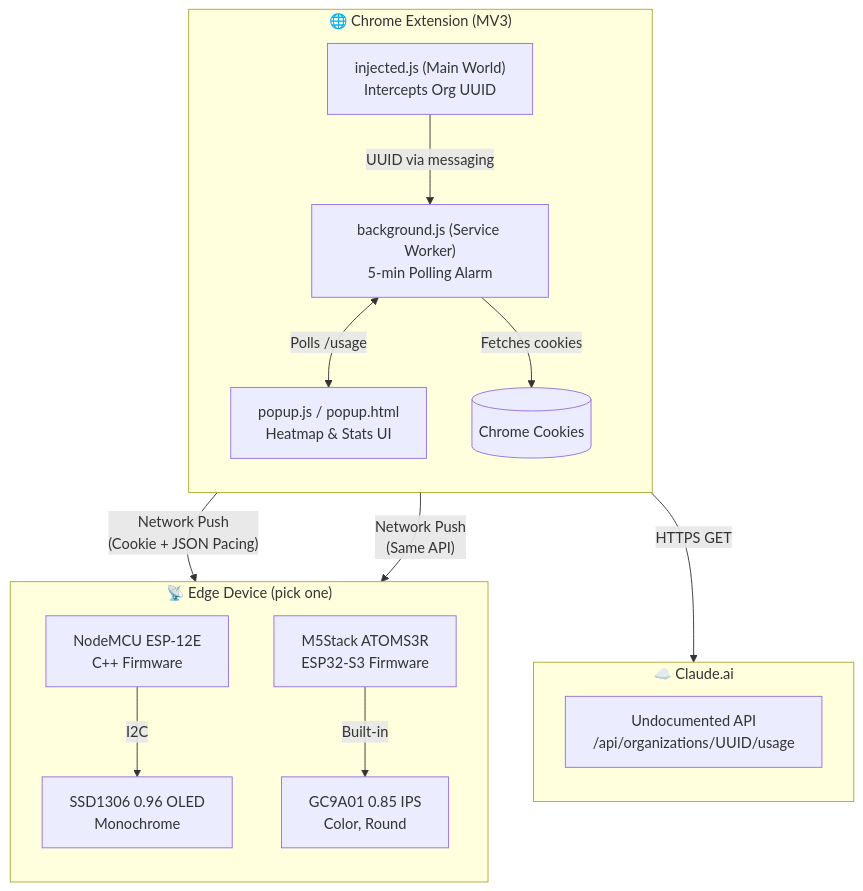
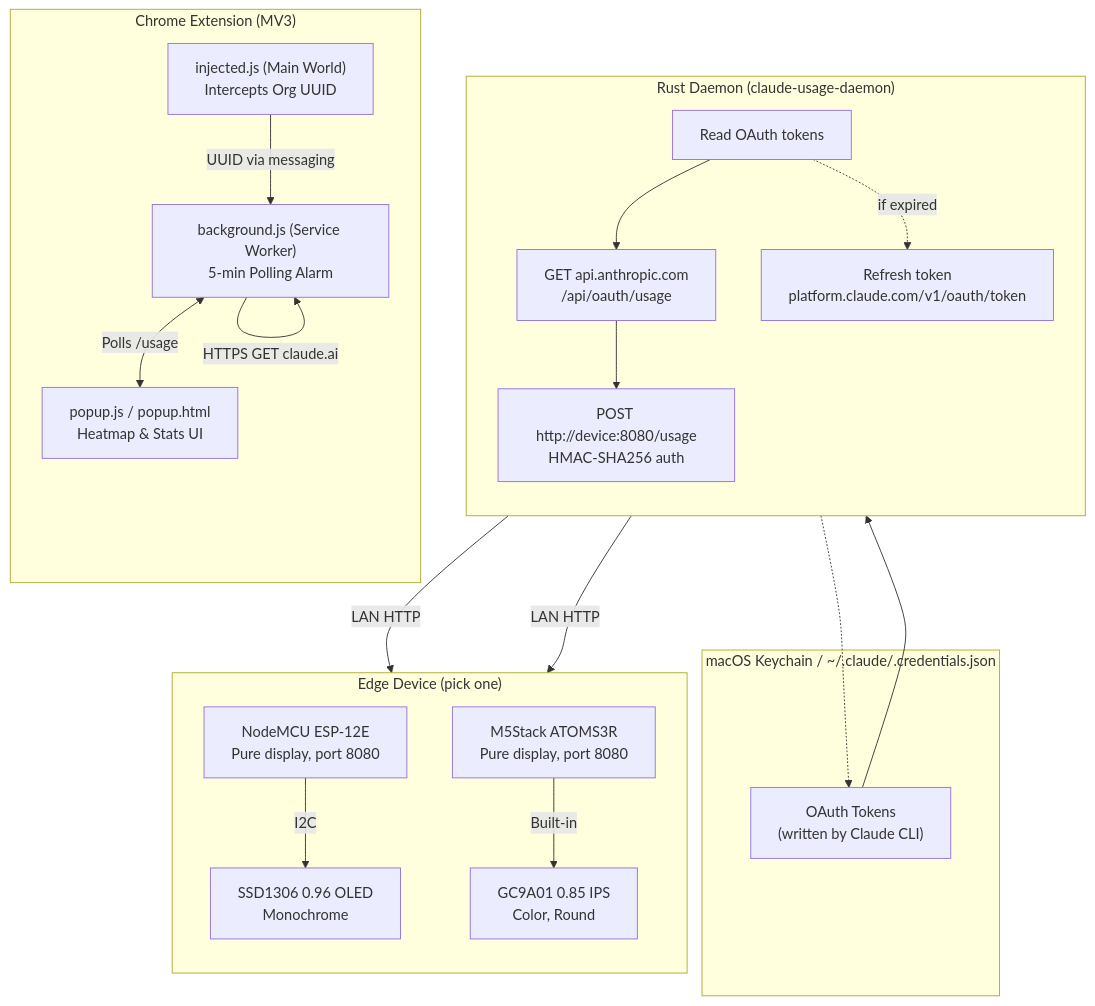
The diagram in README.md (acervenky/over-engineered-claude-usage-monitor), drawn with Mermaid before and after one commit. The commit also changed other lines of this file and 25 other files, not shown here.

````diff
--- a/README.md
+++ b/README.md
@@ -121,33 +75,44 @@
 ```mermaid
 graph TD
-    subgraph Browser ["🌐 Chrome Extension (MV3)"]
+    subgraph Keychain ["macOS Keychain / ~/.claude/.credentials.json"]
+        Creds["OAuth Tokens<br/>(written by Claude CLI)"]
+    end
+
+    subgraph Daemon ["Rust Daemon (claude-usage-daemon)"]
+        direction TB
+        Read["Read OAuth tokens"]
+        Fetch["GET api.anthropic.com<br/>/api/oauth/usage"]
+        Refresh["Refresh token<br/>platform.claude.com/v1/oauth/token"]
+        Push["POST http://device:8080/usage<br/>HMAC-SHA256 auth"]
+    end
+
+    subgraph Browser ["Chrome Extension (MV3)"]
         direction TB
         Inject["injected.js (Main World)<br/>Intercepts Org UUID"]
         SW["background.js (Service Worker)<br/>5-min Polling Alarm"]
         UI["popup.js / popup.html<br/>Heatmap & Stats UI"]
-        
+
         Inject -->|UUID via messaging| SW
         SW <-->|Polls /usage| UI
-        SW -->|Fetches cookies| CookieStore[(Chrome Cookies)]
     end
 
-    subgraph Server ["☁️ Claude.ai"]
+    subgraph DeskWidget ["Edge Device (pick one)"]
         direction TB
-        API["Undocumented API<br/>/api/organizations/UUID/usage"]
-    end
-
-    subgraph DeskWidget ["📡 Edge Device (pick one)"]
-        direction TB
-        Node["NodeMCU ESP-12E<br/>C++ Firmware"]
+        Node["NodeMCU ESP-12E<br/>Pure display, port 8080"]
         OLED["SSD1306 0.96 OLED<br/>Monochrome"]
-        Atom["M5Stack ATOMS3R<br/>ESP32-S3 Firmware"]
+        Atom["M5Stack ATOMS3R<br/>Pure display, port 8080"]
         RoundLCD["GC9A01 0.85 IPS<br/>Color, Round"]
 
         Node -->|I2C| OLED
         Atom -->|Built-in| RoundLCD
     end
 
-    SW -->|HTTPS GET| API
-    SW -->|"Network Push<br/>(Cookie + JSON Pacing)"| Node
-    SW -->|"Network Push<br/>(Same API)"| Atom
+    Creds --> Read
+    Read --> Fetch
+    Fetch --> Push
+    Read -.->|if expired| Refresh
+    Refresh -.-> Creds
+    Push -->|LAN HTTP| Node
+    Push -->|LAN HTTP| Atom
+    SW -->|HTTPS GET claude.ai| SW
 ```
````
